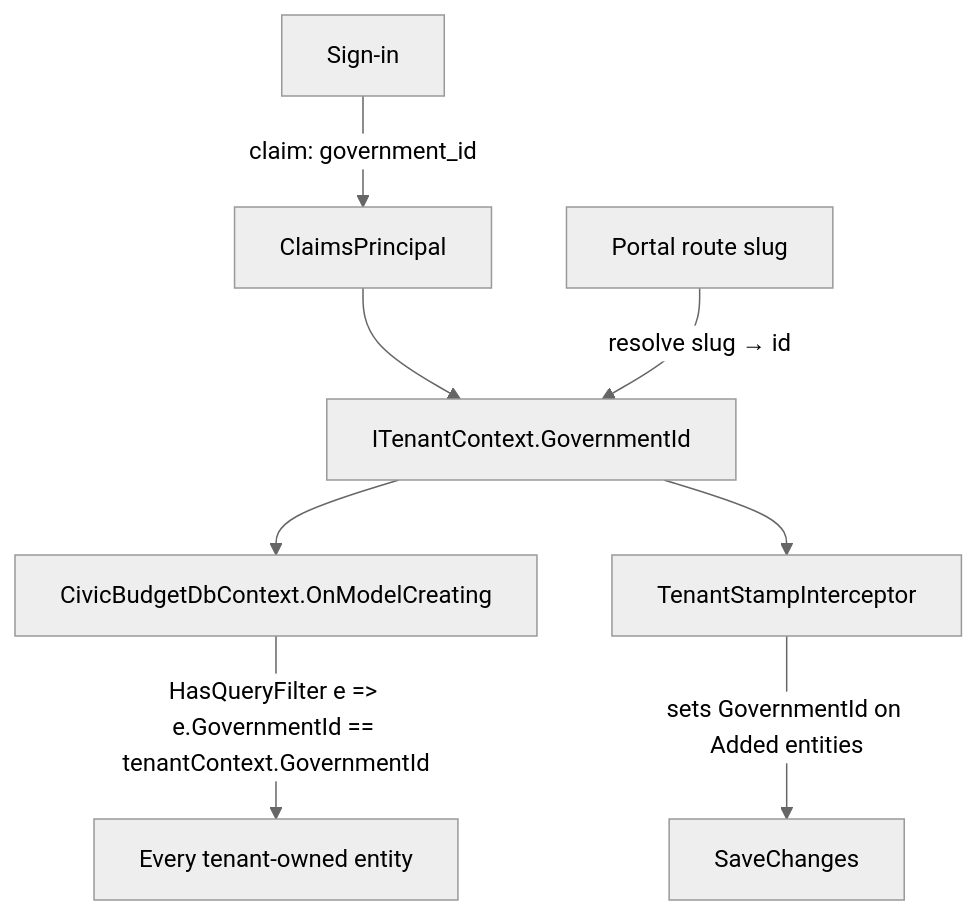
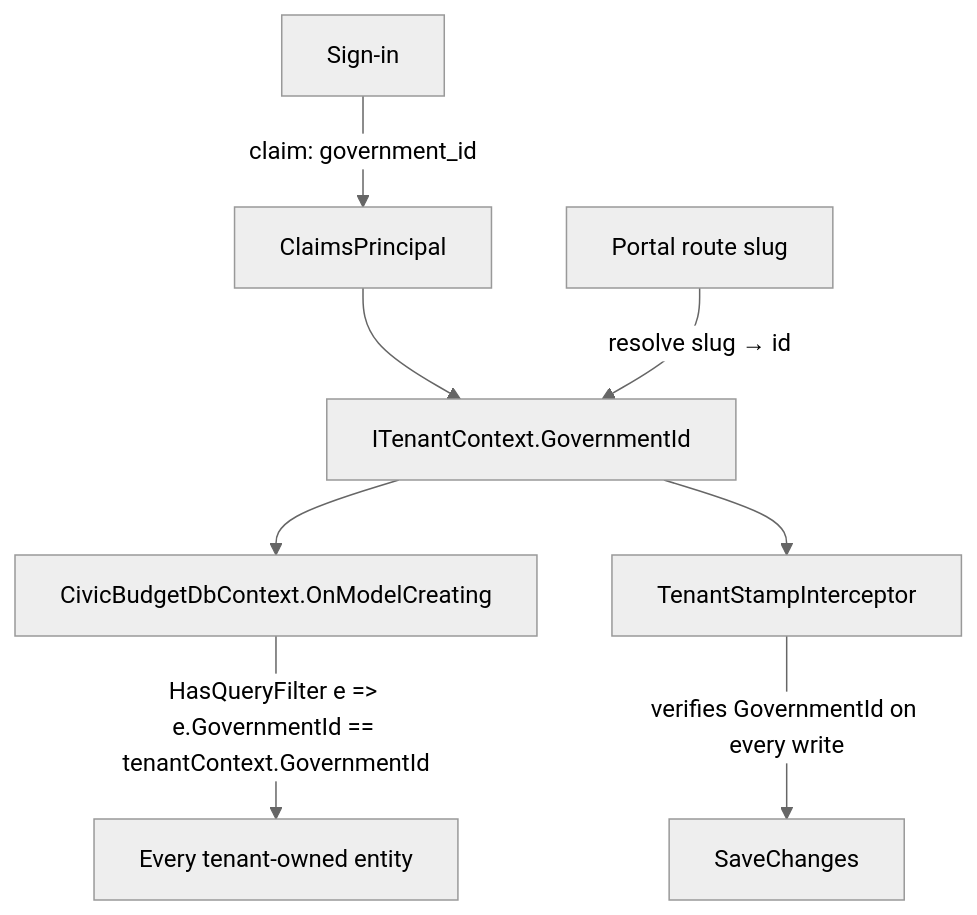
One commit to SpencerSmithSite/civic-budget changed the fourth of 6 diagrams in docs/ARCHITECTURE.md. Above: the diagram before and after it, drawn with Mermaid (neutral theme). The commit also changed other lines of this file and 7 other files, not shown here.

Commit message:
docs: phase 1 walkthrough, interview prep, roadmap, changelog, ADR-0012/0013

````diff
--- a/docs/ARCHITECTURE.md
+++ b/docs/ARCHITECTURE.md
@@ -169,10 +169,10 @@
 ```mermaid
 graph TD
   A[Sign-in] -->|claim: government_id| B[ClaimsPrincipal]
   B --> C[ITenantContext.GovernmentId]
   R[Portal route slug] -->|resolve slug → id| C
   C --> D[CivicBudgetDbContext.OnModelCreating]
   D -->|HasQueryFilter e => e.GovernmentId == tenantContext.GovernmentId| E[Every tenant-owned entity]
   C --> F[TenantStampInterceptor]
-  F -->|sets GovernmentId on Added entities| G[SaveChanges]
+  F -->|verifies GovernmentId on every write| G[SaveChanges]
 ```
````
